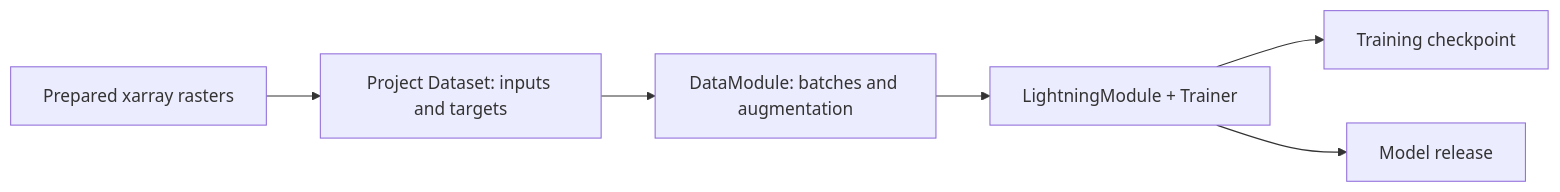
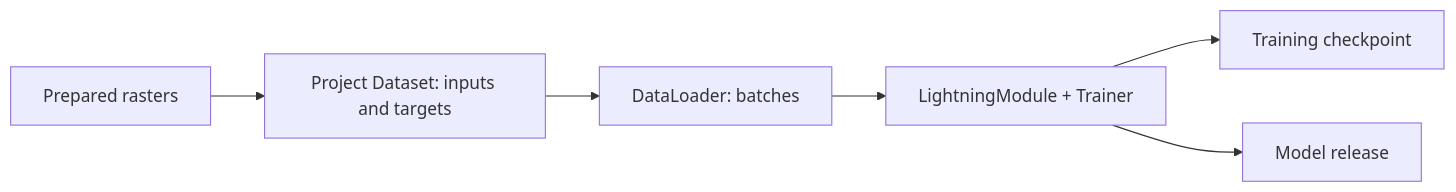
Before and after one commit to weedkat/geosave: the diagram in docs/concepts/data-flow.md, drawn with Mermaid. The commit also changed other lines of this file and 302 other files, not shown here.

````diff
--- a/docs/concepts/data-flow.md
+++ b/docs/concepts/data-flow.md
@@ -78,8 +54,8 @@
 ```mermaid
 flowchart LR
-    rasters["Prepared xarray rasters"] --> samples["Project Dataset: inputs and targets"]
-    samples --> batches["DataModule: batches and augmentation"]
-    batches --> training["LightningModule + Trainer"]
-    training --> checkpoint["Training checkpoint"]
-    training --> release["Model release"]
+    rasters[Prepared rasters] --> samples[Project Dataset: inputs and targets]
+    samples --> batches[DataLoader: batches]
+    batches --> training[LightningModule + Trainer]
+    training --> checkpoint[Training checkpoint]
+    training --> release[Model release]
 ```
````
